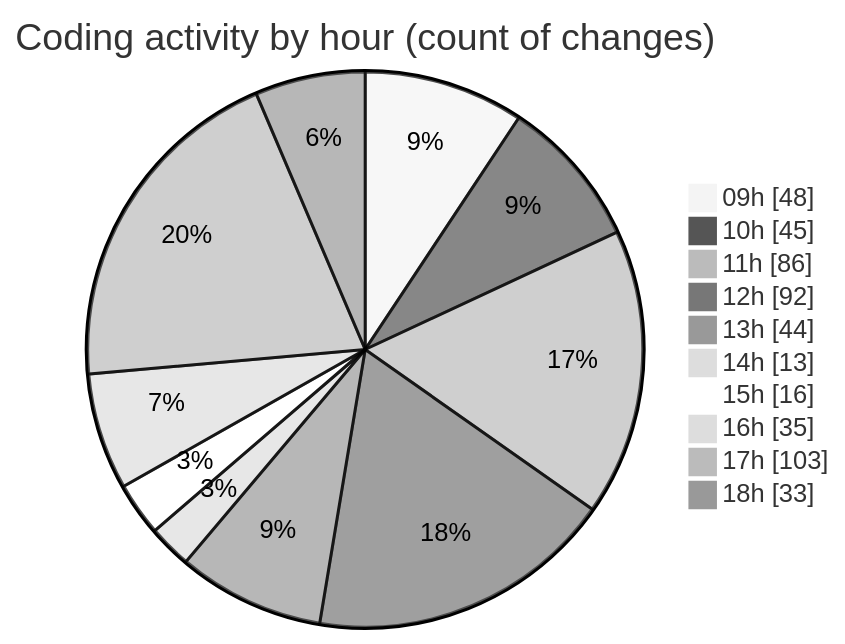
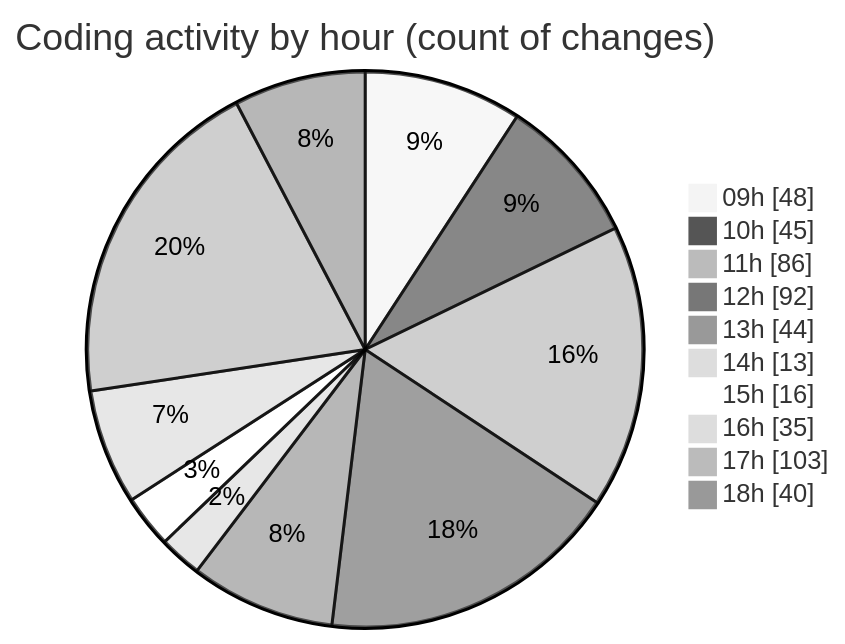
The second of 2 diagrams in 2025-03-14/cda/README.md (momahboobian/code-tracking), drawn with Mermaid (neutral theme) before and after one commit. The commit also changed other lines of this file and 1 other file, not shown here.

````diff
--- a/2025-03-14/cda/README.md
+++ b/2025-03-14/cda/README.md
@@ -52,14 +52,14 @@
 ```mermaid
 pie showData
 title Coding activity by hour (count of changes)
 "09h" : 48
 "10h" : 45
 "11h" : 86
 "12h" : 92
 "13h" : 44
 "14h" : 13
 "15h" : 16
 "16h" : 35
 "17h" : 103
-"18h" : 33
+"18h" : 40
 ```
````
